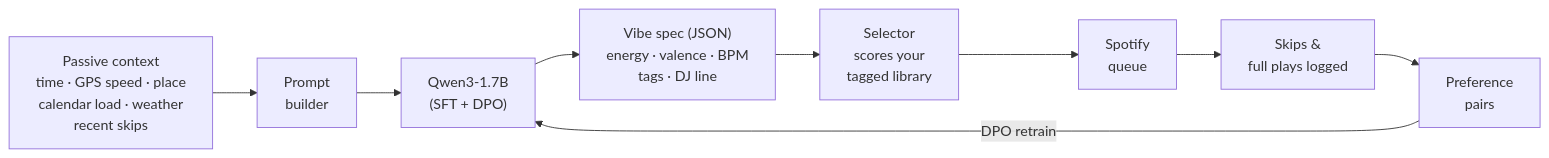
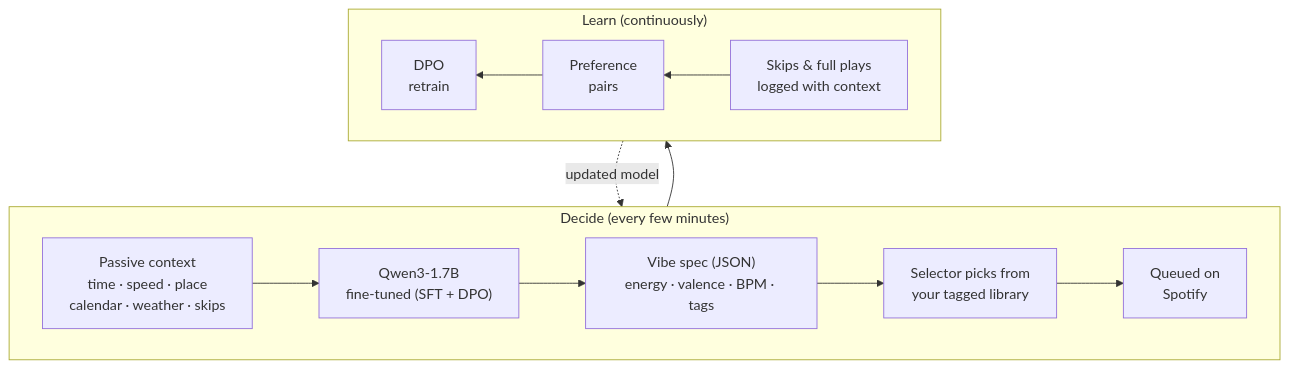
The diagram in README.md (astonmartinifacio/auxie), drawn with Mermaid before and after one commit. The commit also changed other lines of this file, not shown here.

Commit message:
Improve README diagram and table

````diff
--- a/README.md
+++ b/README.md
@@ -34,11 +34,17 @@
 ```mermaid
-flowchart LR
-    A["Passive context<br/>time · GPS speed · place<br/>calendar load · weather<br/>recent skips"] --> B["Prompt<br/>builder"]
-    B --> C["Qwen3-1.7B<br/>(SFT + DPO)"]
-    C --> D["Vibe spec (JSON)<br/>energy · valence · BPM<br/>tags · DJ line"]
-    D --> E["Selector<br/>scores your<br/>tagged library"]
-    E --> F["Spotify<br/>queue"]
-    F --> G["Skips &<br/>full plays logged"]
-    G --> H["Preference<br/>pairs"]
-    H -->|"DPO retrain"| C
+flowchart TB
+    subgraph DECIDE["Decide (every few minutes)"]
+        direction LR
+        A["Passive context<br/>time · speed · place<br/>calendar · weather · skips"] --> B["Qwen3-1.7B<br/>fine-tuned (SFT + DPO)"]
+        B --> C["Vibe spec (JSON)<br/>energy · valence · BPM · tags"]
+        C --> D["Selector picks from<br/>your tagged library"]
+        D --> E["Queued on<br/>Spotify"]
+    end
+    subgraph LEARN["Learn (continuously)"]
+        direction RL
+        F["Skips & full plays<br/>logged with context"] --> G["Preference<br/>pairs"]
+        G --> H["DPO<br/>retrain"]
+    end
+    E --> F
+    H -.->|"updated model"| B
 ```
````
